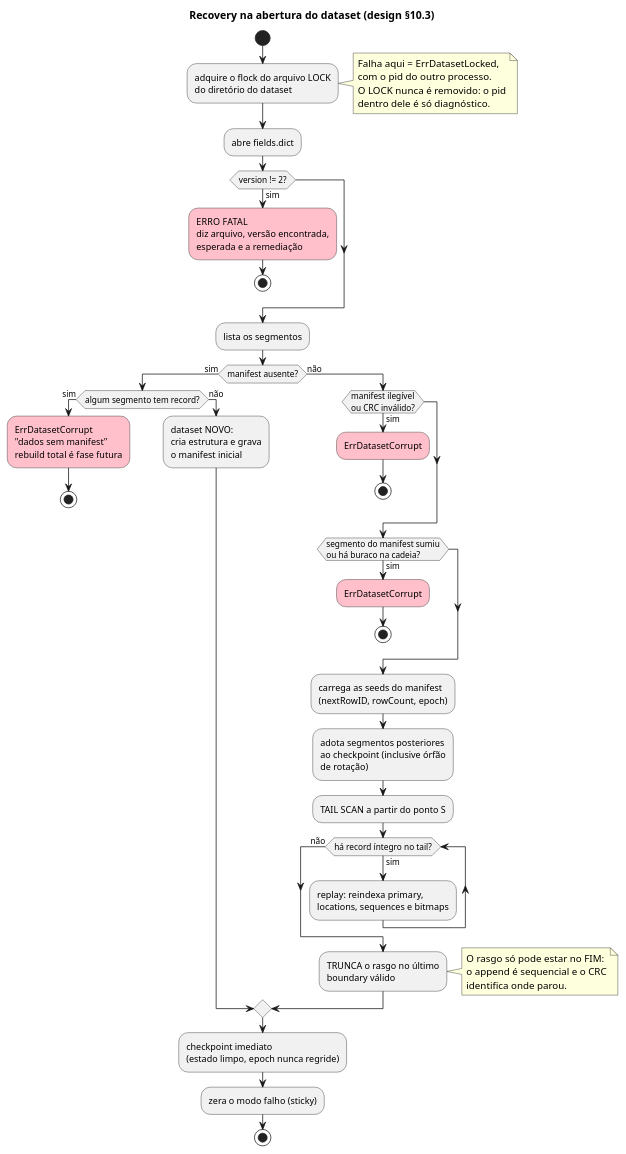
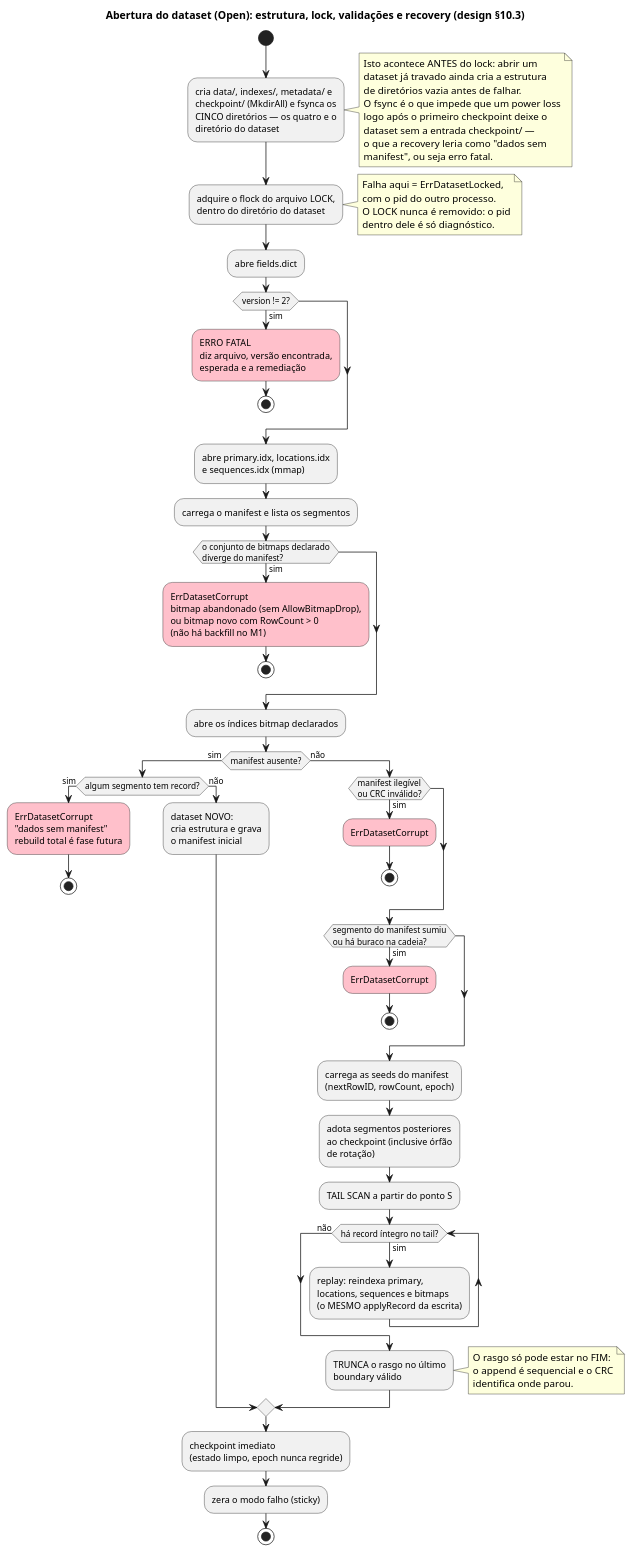
The diagram in docs/diagrams/recovery_flow.puml (nishisan-dev/nishidb), drawn with PlantUML before and after one commit. The commit also changed 4 other files, not shown here.

First line of the commit message:
Corrige nos diagramas o que divergia do código

```diff
--- a/docs/diagrams/recovery_flow.puml
+++ b/docs/diagrams/recovery_flow.puml
@@ -1,55 +1,79 @@
 @startuml recovery_flow
-title Recovery na abertura do dataset (design §10.3)
+title Abertura do dataset (Open): estrutura, lock, validações e recovery (design §10.3)
 
 start
-:adquire o flock do arquivo LOCK
-do diretório do dataset;
+:cria data/, indexes/, metadata/ e
+checkpoint/ (MkdirAll) e fsynca os
+CINCO diretórios — os quatro e o
+diretório do dataset;
+note right
+  Isto acontece ANTES do lock: abrir um
+  dataset já travado ainda cria a estrutura
+  de diretórios vazia antes de falhar.
+  O fsync é o que impede que um power loss
+  logo após o primeiro checkpoint deixe o
+  dataset sem a entrada checkpoint/ —
+  o que a recovery leria como "dados sem
+  manifest", ou seja erro fatal.
+end note
+
+:adquire o flock do arquivo LOCK,
+dentro do diretório do dataset;
 note right
   Falha aqui = ErrDatasetLocked,
   com o pid do outro processo.
   O LOCK nunca é removido: o pid
   dentro dele é só diagnóstico.
 end note
 
 :abre fields.dict;
 if (version != 2?) then (sim)
   #pink:ERRO FATAL\ndiz arquivo, versão encontrada,\nesperada e a remediação;
   stop
 endif
 
-:lista os segmentos;
+:abre primary.idx, locations.idx
+e sequences.idx (mmap);
+:carrega o manifest e lista os segmentos;
+
+if (o conjunto de bitmaps declarado\ndiverge do manifest?) then (sim)
+  #pink:ErrDatasetCorrupt\nbitmap abandonado (sem AllowBitmapDrop),\nou bitmap novo com RowCount > 0\n(não há backfill no M1);
+  stop
+endif
+:abre os índices bitmap declarados;
+
 if (manifest ausente?) then (sim)
   if (algum segmento tem record?) then (sim)
     #pink:ErrDatasetCorrupt\n"dados sem manifest"\nrebuild total é fase futura;
     stop
   else (não)
     :dataset NOVO:\ncria estrutura e grava\no manifest inicial;
   endif
 else (não)
   if (manifest ilegível\nou CRC inválido?) then (sim)
     #pink:ErrDatasetCorrupt;
     stop
   endif
   if (segmento do manifest sumiu\nou há buraco na cadeia?) then (sim)
     #pink:ErrDatasetCorrupt;
     stop
   endif
 
   :carrega as seeds do manifest\n(nextRowID, rowCount, epoch);
   :adota segmentos posteriores\nao checkpoint (inclusive órfão\nde rotação);
   :TAIL SCAN a partir do ponto S;
   while (há record íntegro no tail?) is (sim)
-    :replay: reindexa primary,\nlocations, sequences e bitmaps;
+    :replay: reindexa primary,\nlocations, sequences e bitmaps\n(o MESMO applyRecord da escrita);
   endwhile (não)
   :TRUNCA o rasgo no último\nboundary válido;
   note right
     O rasgo só pode estar no FIM:
     o append é sequencial e o CRC
     identifica onde parou.
   end note
 endif
 
 :checkpoint imediato\n(estado limpo, epoch nunca regride);
 :zera o modo falho (sticky);
 stop
 @enduml
```
